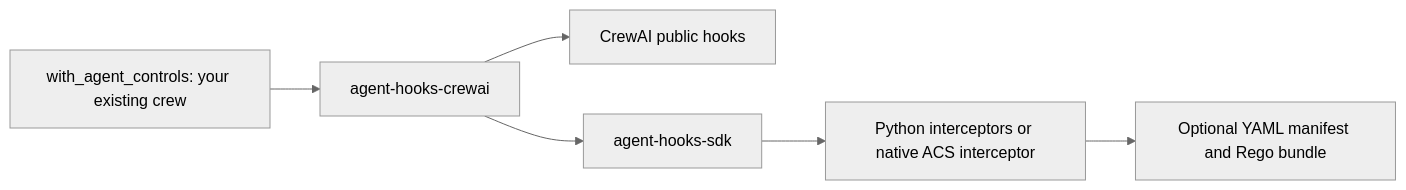
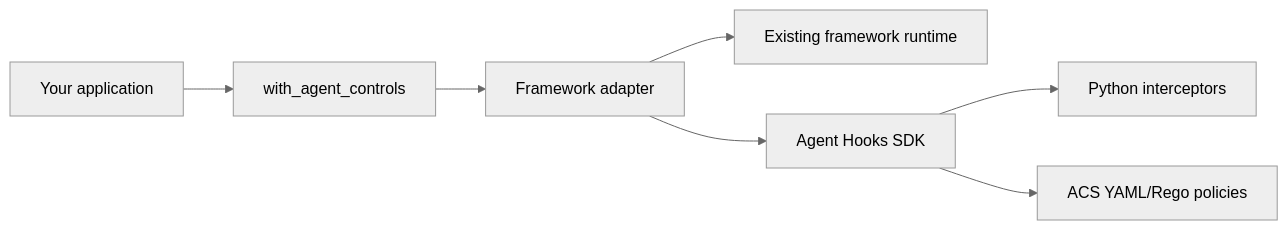
Before and after one commit to prayagupa/agent-control-adapters: the diagram in README.md, drawn with Mermaid (neutral theme). The commit also changed other lines of this file and 11 other files, not shown here.

First line of the commit message:
refactor(crewai): use native ACS policies and centralize docs

````diff
--- a/README.md
+++ b/README.md
@@ -18,8 +28,9 @@
 ```mermaid
 flowchart LR
-    App["with_agent_controls: your existing crew"] --> Adapter["agent-hooks-crewai"]
-    Adapter --> CrewAI["CrewAI public hooks"]
-    Adapter --> SDK["agent-hooks-sdk"]
-    SDK --> Policy["Python interceptors or native ACS interceptor"]
-    Policy --> YAML["Optional YAML manifest and Rego bundle"]
+    App["Your application"] --> Controls["with_agent_controls"]
+    Controls --> Adapter["Framework adapter"]
+    Adapter --> Runtime["Existing framework runtime"]
+    Adapter --> SDK["Agent Hooks SDK"]
+    SDK --> Python["Python interceptors"]
+    SDK --> ACS["ACS YAML/Rego policies"]
 ```
````
